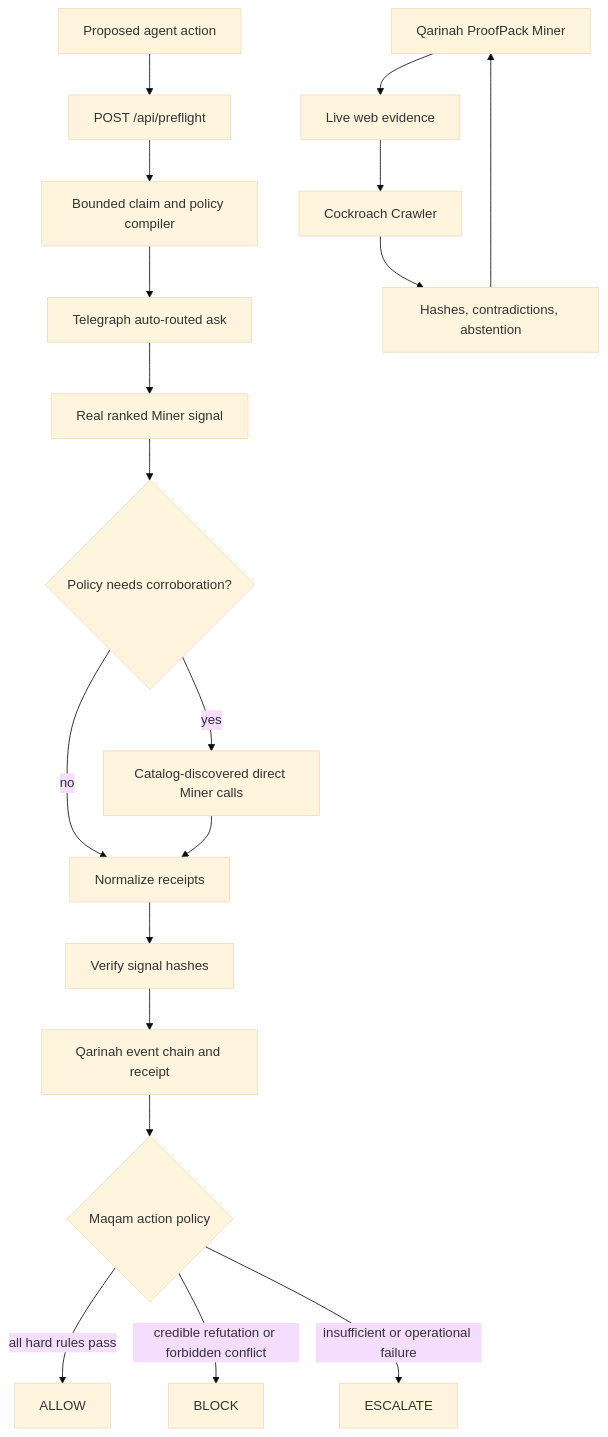
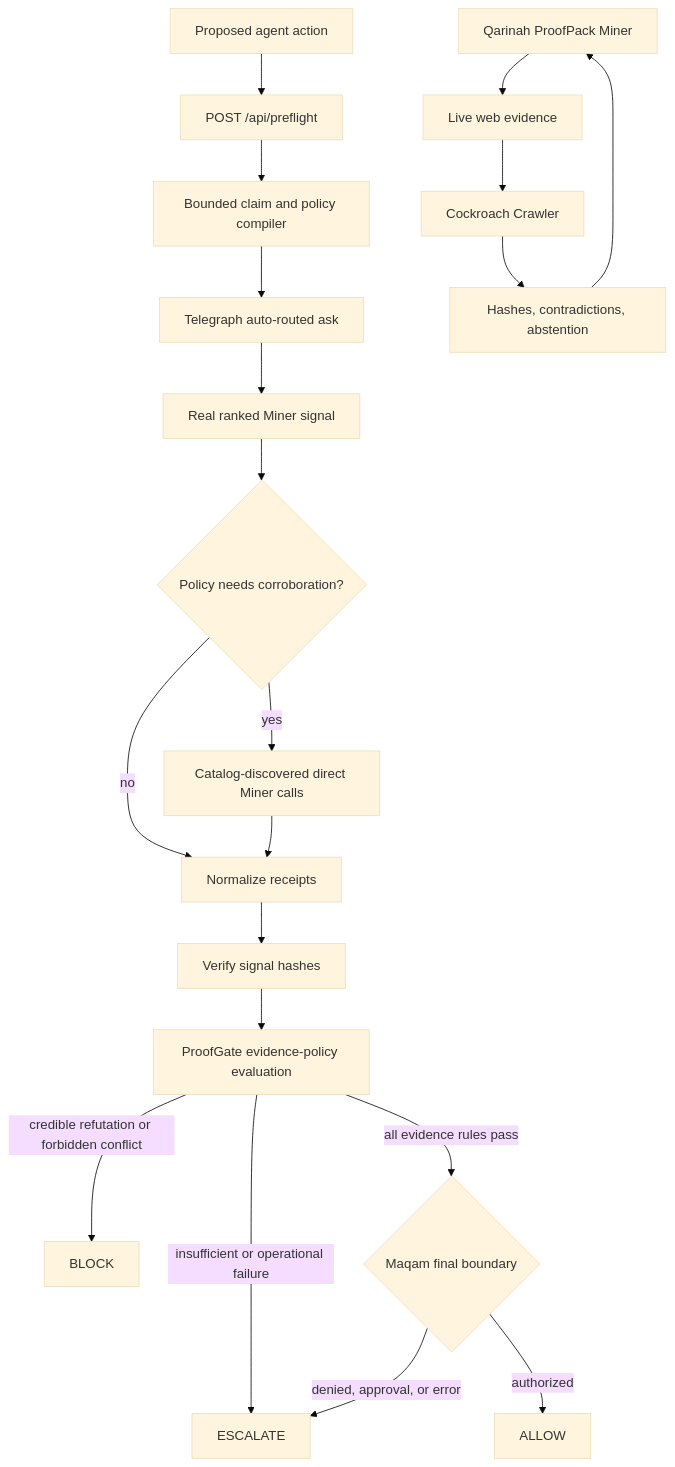
The diagram in README.md (AjnasNB/qarinah-proofpack), drawn with Mermaid (base theme) before and after one commit. The commit also changed other lines of this file and 2 other files, not shown here.

````diff
--- a/README.md
+++ b/README.md
@@ -104,22 +110,23 @@
 ```mermaid
 flowchart TD
     A[Proposed agent action] --> B[POST /api/preflight]
     B --> C[Bounded claim and policy compiler]
     C --> D[Telegraph auto-routed ask]
     D --> E[Real ranked Miner signal]
     E --> F{Policy needs corroboration?}
     F -->|yes| G[Catalog-discovered direct Miner calls]
     F -->|no| H[Normalize receipts]
     G --> H
     H --> I[Verify signal hashes]
-    I --> J[Qarinah event chain and receipt]
-    J --> K{Maqam action policy}
-    K -->|all hard rules pass| L[ALLOW]
-    K -->|credible refutation or forbidden conflict| M[BLOCK]
-    K -->|insufficient or operational failure| N[ESCALATE]
+    I --> J[ProofGate evidence-policy evaluation]
+    J -->|credible refutation or forbidden conflict| M[BLOCK]
+    J -->|insufficient or operational failure| N[ESCALATE]
+    J -->|all evidence rules pass| K{Maqam final boundary}
+    K -->|authorized| L[ALLOW]
+    K -->|denied, approval, or error| N
 
     O[Qarinah ProofPack Miner] --> P[Live web evidence]
     P --> Q[Cockroach Crawler]
     Q --> R[Hashes, contradictions, abstention]
     R --> O
 ```
````
